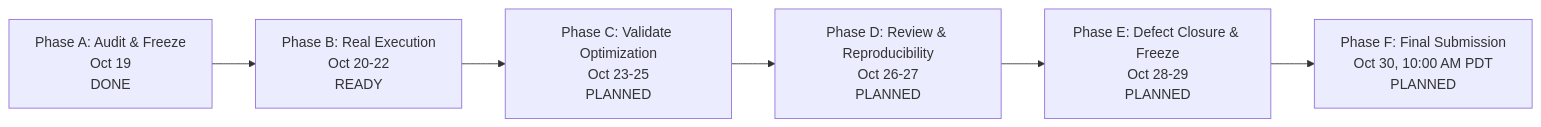
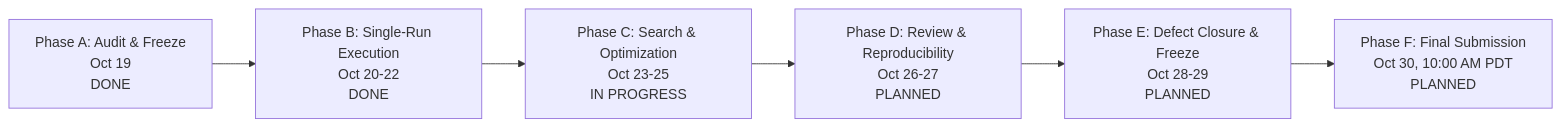
One commit to Daksh08122008/slokern changed the third of 3 diagrams in README.md. Above: the diagram before and after it, drawn with Mermaid. The commit also changed other lines of this file and 34 other files, not shown here.

````diff
--- a/README.md
+++ b/README.md
@@ -361,8 +370,8 @@
 ```mermaid
 flowchart LR
-    PhaseA[Phase A: Audit & Freeze\nOct 19\nDONE] --> PhaseB[Phase B: Real Execution\nOct 20-22\nREADY]
-    PhaseB --> PhaseC[Phase C: Validate Optimization\nOct 23-25\nPLANNED]
+    PhaseA[Phase A: Audit & Freeze\nOct 19\nDONE] --> PhaseB[Phase B: Single-Run Execution\nOct 20-22\nDONE]
+    PhaseB --> PhaseC[Phase C: Search & Optimization\nOct 23-25\nIN PROGRESS]
     PhaseC --> PhaseD[Phase D: Review & Reproducibility\nOct 26-27\nPLANNED]
     PhaseD --> PhaseE[Phase E: Defect Closure & Freeze\nOct 28-29\nPLANNED]
     PhaseE --> PhaseF[Phase F: Final Submission\nOct 30, 10:00 AM PDT\nPLANNED]
 ```
````
